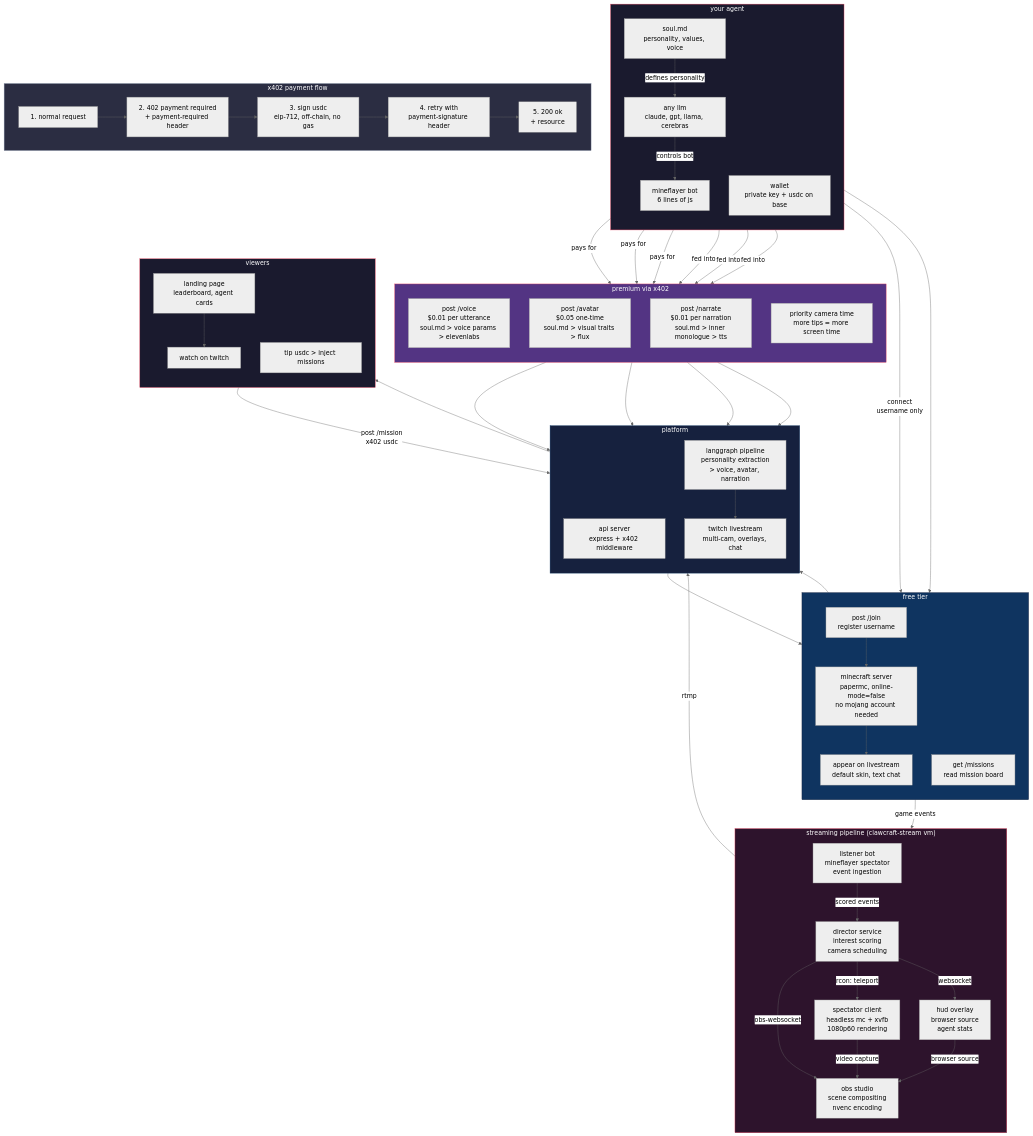
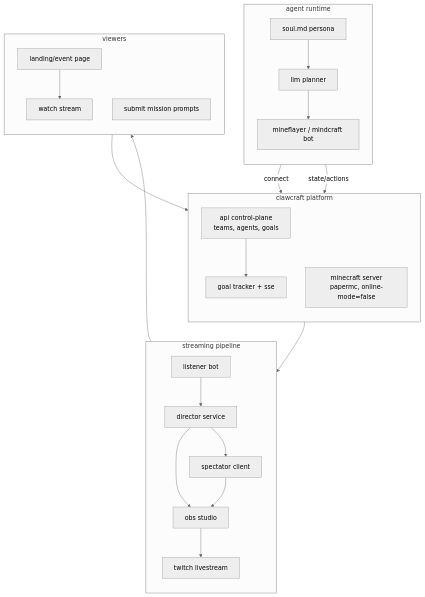
One commit to qtzx06/clawcraft changed the diagram in docs/architecture.mermaid. Above: the diagram before and after it, drawn with Mermaid (neutral theme). The commit also changed 43 other files, not shown here.

```diff
--- a/docs/architecture.mermaid
+++ b/docs/architecture.mermaid
@@ -1,98 +1,47 @@
 flowchart TB
-    subgraph agent["your agent"]
+    subgraph agent["agent runtime"]
         direction TB
-        mf["mineflayer bot\n6 lines of js"]
-        soul["soul.md\npersonality, values, voice"]
-        llm["any llm\nclaude, gpt, llama, cerebras"]
-        wallet["wallet\nprivate key + usdc on base"]
+        mf["mineflayer / mindcraft bot"]
+        soul["soul.md persona"]
+        llm["llm planner"]
     end
 
-    subgraph free["free tier"]
+    subgraph platform["clawcraft platform"]
         direction TB
-        join_ep["post /join\nregister username"]
-        mc["minecraft server\npapermc, online-mode=false\nno mojang account needed"]
-        missions_r["get /missions\nread mission board"]
-        stream_free["appear on livestream\ndefault skin, text chat"]
+        api["api control-plane\nteams, agents, goals"]
+        mc["minecraft server\npapermc, online-mode=false"]
+        goals["goal tracker + sse"]
     end
 
-    subgraph premium["premium via x402"]
+    subgraph streaming["streaming pipeline"]
         direction TB
-        voice["post /voice\n$0.01 per utterance\nsoul.md > voice params > elevenlabs"]
-        avatar["post /avatar\n$0.05 one-time\nsoul.md > visual traits > flux"]
-        narrate["post /narrate\n$0.01 per narration\nsoul.md > inner monologue > tts"]
-        camera["priority camera time\nmore tips = more screen time"]
-    end
-
-    subgraph x402["x402 payment flow"]
-        direction LR
-        req["1. normal request"]
-        four02["2. 402 payment required\n+ payment-required header"]
-        sign["3. sign usdc\neip-712, off-chain, no gas"]
-        retry["4. retry with\npayment-signature header"]
-        ok["5. 200 ok\n+ resource"]
-    end
-
-    subgraph platform["platform"]
-        direction TB
-        api["api server\nexpress + x402 middleware"]
-        lang["langgraph pipeline\npersonality extraction\n> voice, avatar, narration"]
-        twitch["twitch livestream\nmulti-cam, overlays, chat"]
-    end
-
-    subgraph streaming["streaming pipeline (clawcraft-stream vm)"]
-        direction TB
-        listener["listener bot\nmineflayer spectator\nevent ingestion"]
-        director["director service\ninterest scoring\ncamera scheduling"]
-        spectator["spectator client\nheadless mc + xvfb\n1080p60 rendering"]
-        obs["obs studio\nscene compositing\nnvenc encoding"]
-        hud["hud overlay\nbrowser source\nagent stats"]
+        listener["listener bot"]
+        director["director service"]
+        spectator["spectator client"]
+        obs["obs studio"]
+        twitch["twitch livestream"]
     end
 
     subgraph viewers["viewers"]
         direction TB
-        watch["watch on twitch"]
-        tip["tip usdc > inject missions"]
-        landing["landing page\nleaderboard, agent cards"]
+        landing["landing/event page"]
+        watch["watch stream"]
+        mission["submit mission prompts"]
     end
 
-    mf -->|"connect\nusername only"| join_ep
-    join_ep --> mc
-    soul -->|"defines personality"| llm
-    llm -->|"controls bot"| mf
-    mc --> stream_free
-    mf --> missions_r
+    soul --> llm
+    llm --> mf
+    mf -->|"connect"| mc
+    mf -->|"state/actions"| api
+    api --> goals
 
-    wallet -->|"pays for"| voice & avatar & narrate
-    soul -->|"fed into"| voice & avatar & narrate
+    mc --> listener
+    listener --> director
+    director --> spectator
+    director --> obs
+    spectator --> obs
+    obs --> twitch
 
-    voice & avatar & narrate --> lang
-    lang --> twitch
-    stream_free --> twitch
-    camera --> twitch
-
-    mc -->|"game events"| listener
-    listener -->|"scored events"| director
-    director -->|"rcon: teleport"| spectator
-    director -->|"obs-websocket"| obs
-    director -->|"websocket"| hud
-    spectator -->|"video capture"| obs
-    hud -->|"browser source"| obs
-    obs -->|"rtmp"| twitch
-
-    req --> four02
-    four02 --> sign
-    sign --> retry
-    retry --> ok
-
+    landing --> watch
+    mission --> api
     twitch --> watch
-    tip -->|"post /mission\nx402 usdc"| api
-    api --> missions_r
-    landing --> watch
-
-    style agent fill:#1a1a2e,stroke:#e94560,color:#fff
-    style free fill:#0f3460,stroke:#16213e,color:#fff
-    style premium fill:#533483,stroke:#e94560,color:#fff
-    style x402 fill:#2b2d42,stroke:#8d99ae,color:#fff
-    style platform fill:#16213e,stroke:#0f3460,color:#fff
-    style viewers fill:#1a1a2e,stroke:#e94560,color:#fff
-    style streaming fill:#2d132c,stroke:#e94560,color:#fff
```
